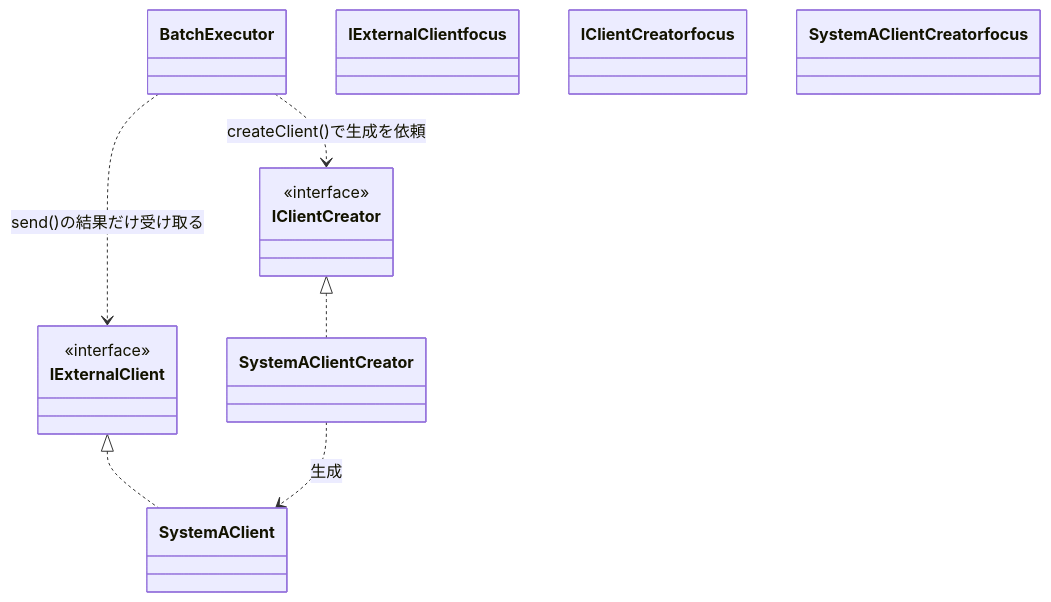
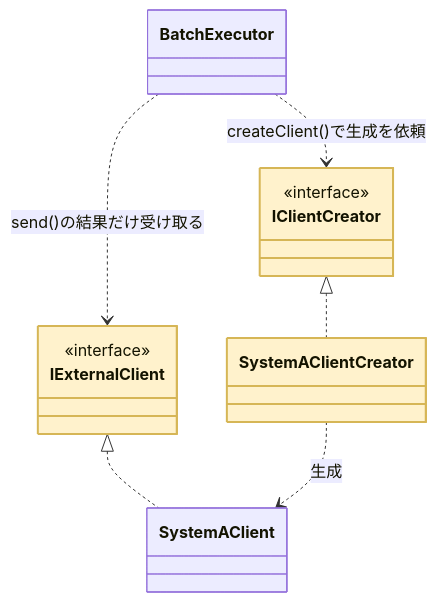
One commit to kumachan1101-pixel/DesignPattern changed the tenth of 16 diagrams in kindle/design-patterns/output/chapter10.md. Above: the diagram before and after it, drawn with Mermaid. The commit also changed other lines of this file and 15 other files, not shown here.

First line of the commit message:
全章classDiagram: phantom浮きクラスを生む着色構文 class X focus を :::focus へ修正（103箇所）

````diff
--- a/kindle/design-patterns/output/chapter10.md
+++ b/kindle/design-patterns/output/chapter10.md
@@ -1556,17 +1556,17 @@
 ```mermaid
 classDiagram
     class BatchExecutor
     class IExternalClient { <<interface>> }
     class SystemAClient
     class IClientCreator { <<interface>> }
     class SystemAClientCreator
     BatchExecutor ..> IClientCreator : createClient()で生成を依頼
     BatchExecutor ..> IExternalClient : send()の結果だけ受け取る
     IExternalClient <|.. SystemAClient
     IClientCreator <|.. SystemAClientCreator
     SystemAClientCreator ..> SystemAClient : 生成
-    class IExternalClient focus
-    class IClientCreator focus
-    class SystemAClientCreator focus
+    class IExternalClient:::focus
+    class IClientCreator:::focus
+    class SystemAClientCreator:::focus
     classDef focus fill:#FFF2CC,stroke:#D6B656,stroke-width:2px
 ```
````
